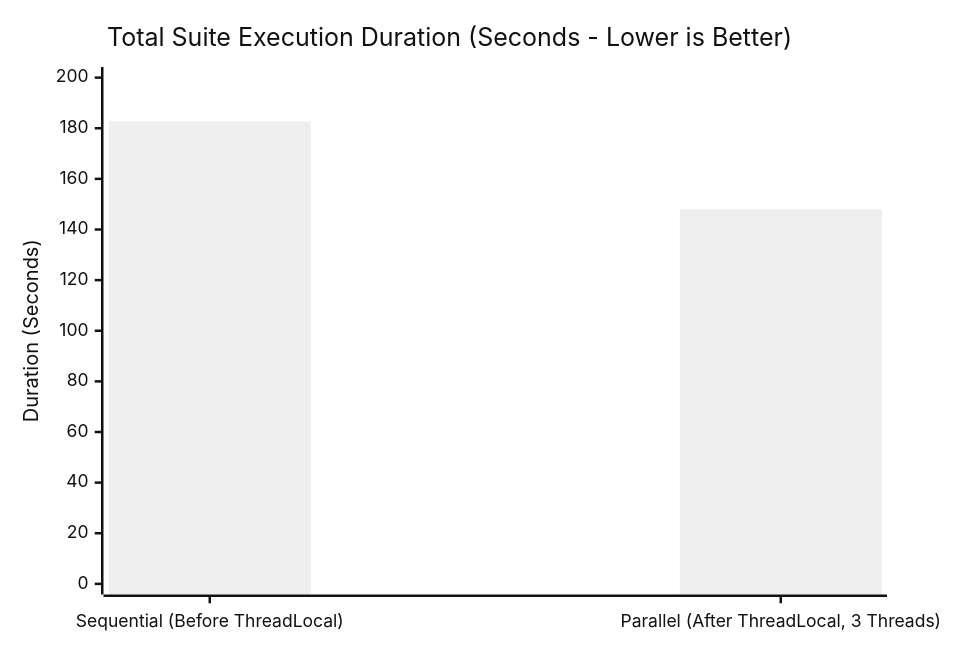
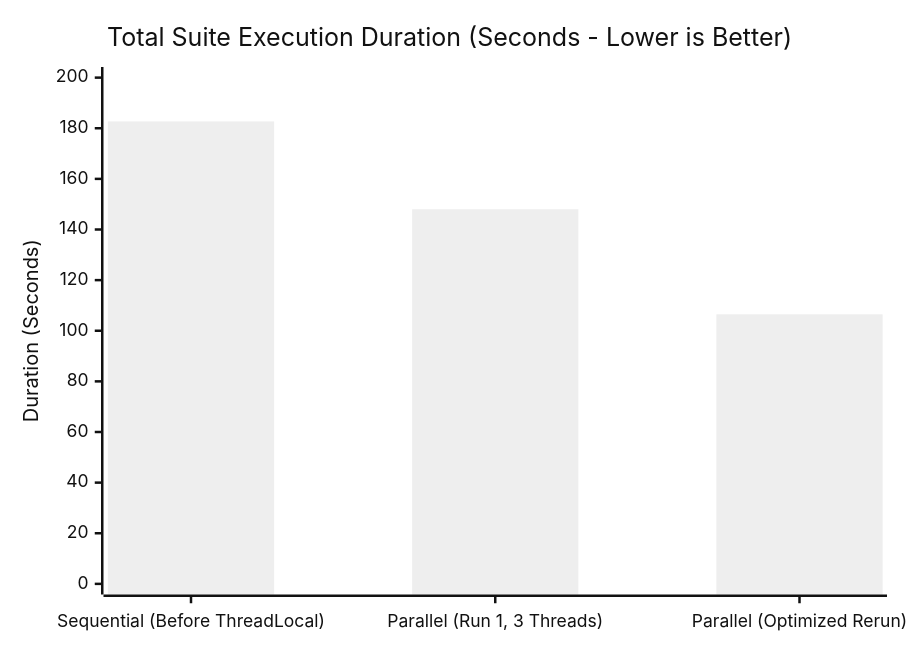
The second of 3 diagrams in FINAL_REPORT.md (neelgaganlikki-pixel/PlaywrightMCP-with-Java---TestNG), drawn with Mermaid (neutral theme) before and after one commit. The commit also changed other lines of this file, not shown here.

````diff
--- a/FINAL_REPORT.md
+++ b/FINAL_REPORT.md
@@ -64,7 +65,7 @@
 ```mermaid
 xychart-beta
     title "Total Suite Execution Duration (Seconds - Lower is Better)"
-    x-axis ["Sequential (Before ThreadLocal)", "Parallel (After ThreadLocal, 3 Threads)"]
+    x-axis ["Sequential (Before ThreadLocal)", "Parallel (Run 1, 3 Threads)", "Parallel (Optimized Rerun)"]
     y-axis "Duration (Seconds)" 0 --> 200
-    bar [182.7, 148.0]
+    bar [182.7, 148.0, 106.5]
 ```
````
